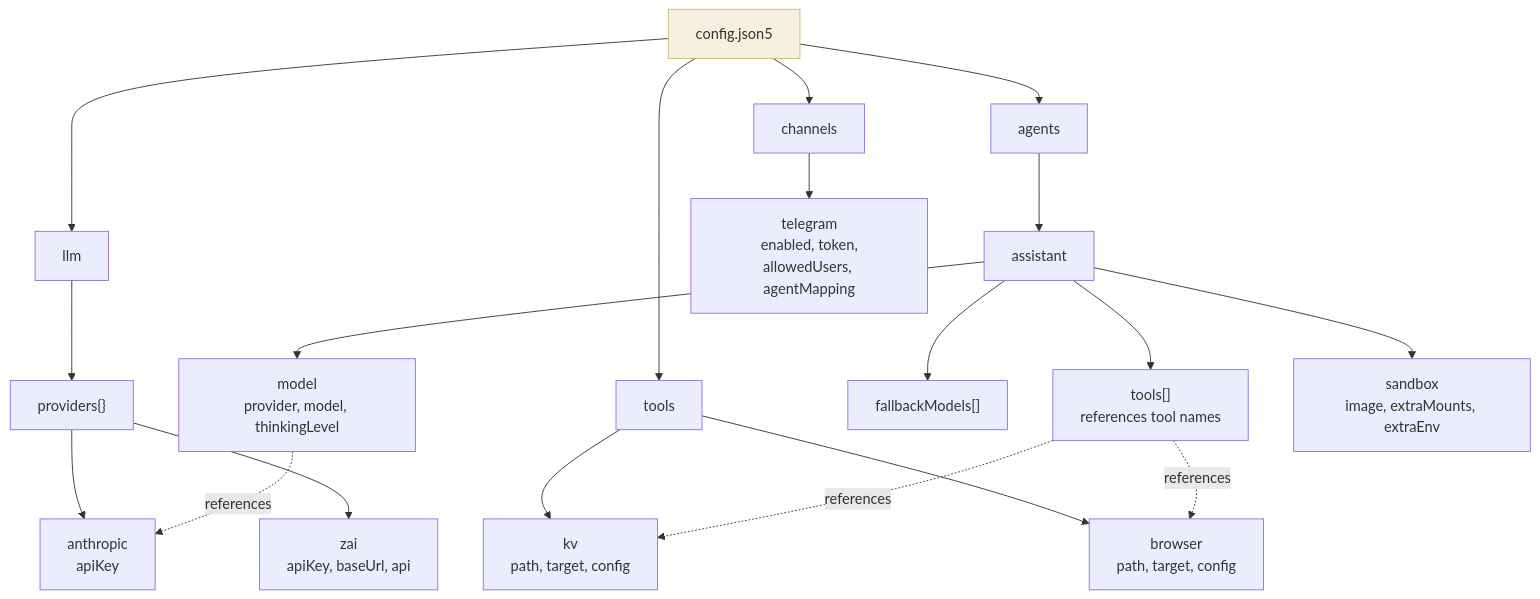
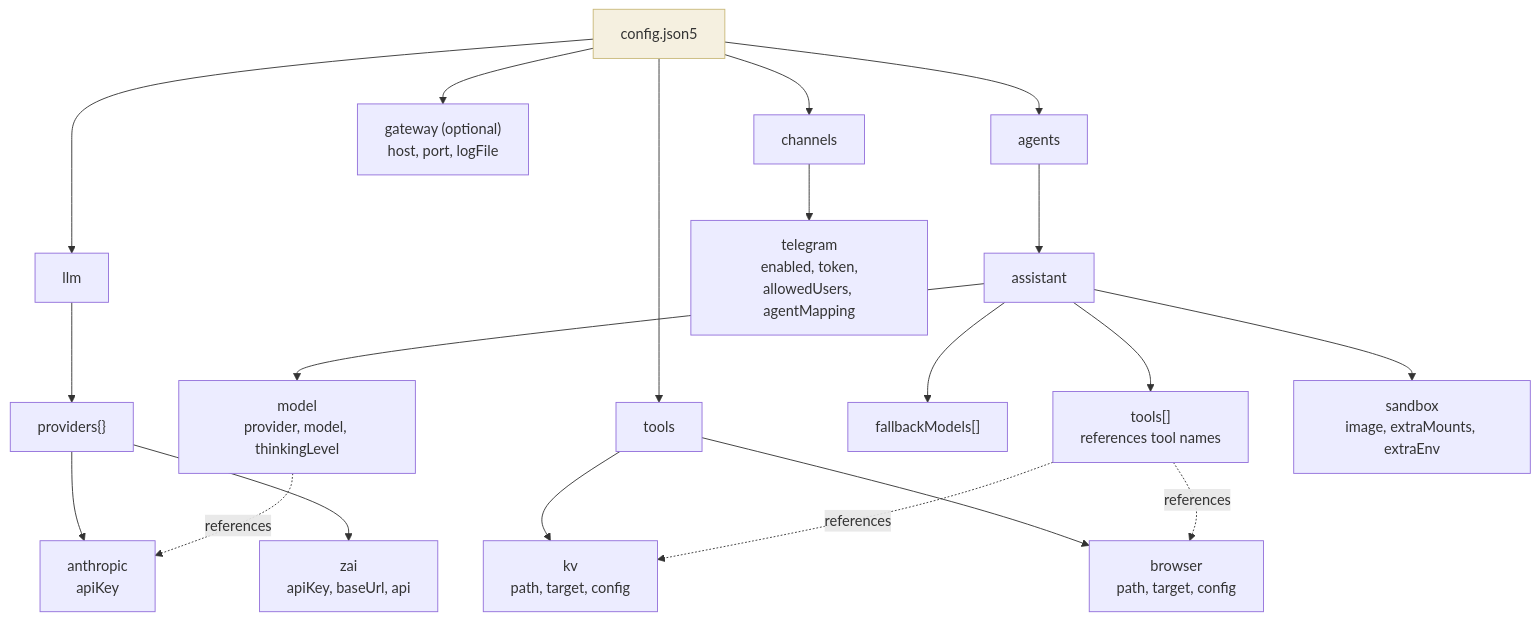
The diagram in docs/configuration.md (matthias-hausberger/beige), drawn with Mermaid before and after one commit. The commit also changed other lines of this file and 6 other files, not shown here.

Commit message:
feat: enhance gateway functionality with start/stop/status commands and logging (plus custom port that can be defined in config)

````diff
--- a/docs/configuration.md
+++ b/docs/configuration.md
@@ -103,28 +111,29 @@
 ```mermaid
 graph TD
     CONFIG[config.json5] --> LLM[llm]
     CONFIG --> TOOLS[tools]
     CONFIG --> AGENTS[agents]
+    CONFIG --> GW["gateway (optional)<br/>host, port, logFile"]
     CONFIG --> CHANNELS[channels]
 
     LLM --> PROVIDERS["providers{}"]
     PROVIDERS --> P1["anthropic<br/>apiKey"]
     PROVIDERS --> P2["zai<br/>apiKey, baseUrl, api"]
 
     TOOLS --> T1["kv<br/>path, target, config"]
     TOOLS --> T2["browser<br/>path, target, config"]
 
     AGENTS --> A1["assistant"]
     A1 --> MODEL["model<br/>provider, model, thinkingLevel"]
     A1 --> FALLBACK["fallbackModels[]"]
     A1 --> ATOOLS["tools[]<br/>references tool names"]
     A1 --> SANDBOX["sandbox<br/>image, extraMounts, extraEnv"]
 
     CHANNELS --> TELEGRAM["telegram<br/>enabled, token,<br/>allowedUsers, agentMapping"]
 
     ATOOLS -.->|references| T1
     ATOOLS -.->|references| T2
     MODEL -.->|references| P1
 
     style CONFIG fill:#f5f0e0,stroke:#c9b97a
 ```
````
